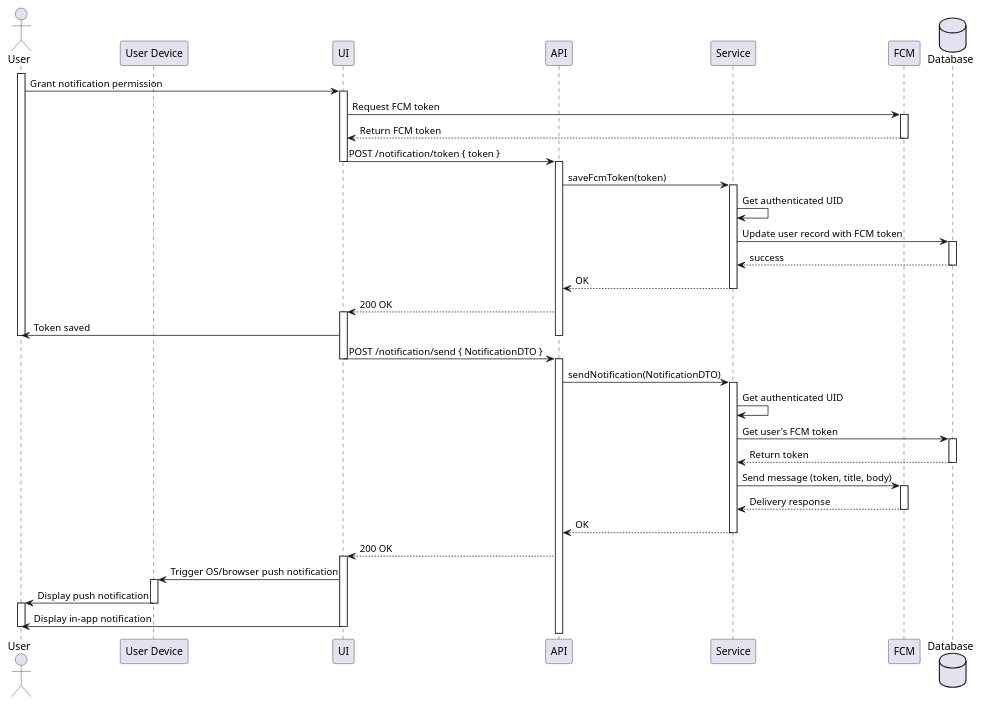
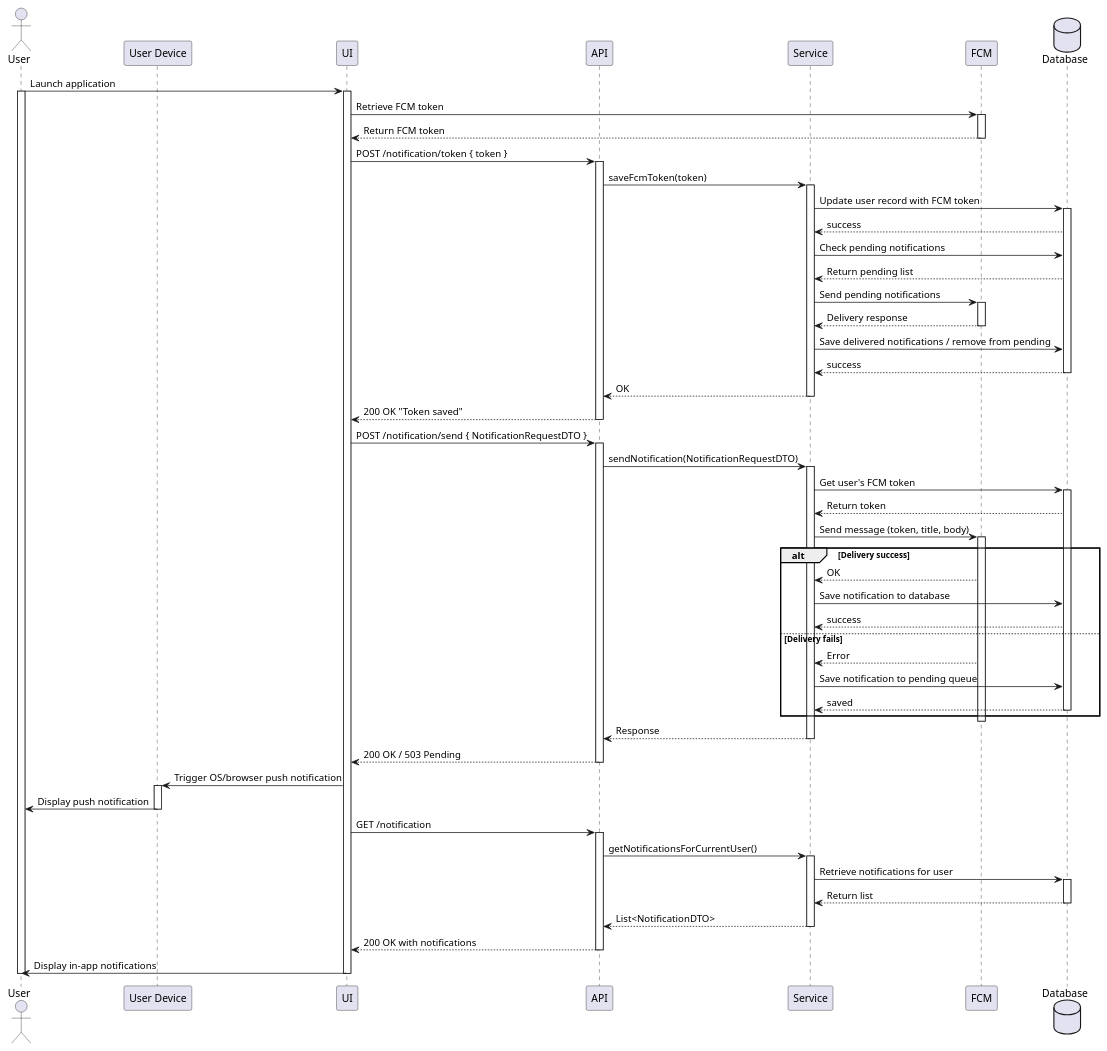
The diagram in sequence/p2/notification.puml (keerati5003/PlanMate-Diagram), drawn with PlantUML before and after one commit.

Commit message:
fix notification SD

```diff
--- a/sequence/p2/notification.puml
+++ b/sequence/p2/notification.puml
@@ -1,61 +1,83 @@
 @startuml
 actor User
 participant "User Device" as DEVICE
 participant "UI" as FE
 participant "API" as C
 participant "Service" as S
 participant "FCM" as FCM
 database "Database" as DB
 
+User -> FE : Launch application
 activate User
-User -> FE : Grant notification permission
 activate FE
-FE -> FCM : Request FCM token
+FE -> FCM : Retrieve FCM token
 activate FCM
 FCM --> FE : Return FCM token
 deactivate FCM
 FE -> C : POST /notification/token { token }
-deactivate FE
 activate C
 C -> S : saveFcmToken(token)
 activate S
-S -> S : Get authenticated UID
 S -> DB : Update user record with FCM token
 activate DB
+DB --> S : success
+S -> DB : Check pending notifications
+DB --> S : Return pending list
+S -> FCM : Send pending notifications
+activate FCM
+FCM --> S : Delivery response
+deactivate FCM
+S -> DB : Save delivered notifications / remove from pending
 DB --> S : success
 deactivate DB
 S --> C : OK
 deactivate S
-C --> FE : 200 OK
-activate FE
-FE -> User : Token saved
+C --> FE : 200 OK "Token saved"
 deactivate C
-deactivate User
 
-FE -> C : POST /notification/send { NotificationDTO }
-deactivate FE
+FE -> C : POST /notification/send { NotificationRequestDTO }
 activate C
-C -> S : sendNotification(NotificationDTO)
+C -> S : sendNotification(NotificationRequestDTO)
 activate S
-S -> S : Get authenticated UID
 S -> DB : Get user's FCM token
 activate DB
 DB --> S : Return token
-deactivate DB
 S -> FCM : Send message (token, title, body)
 activate FCM
-FCM --> S : Delivery response
+alt Delivery success
+    FCM --> S : OK
+    S -> DB : Save notification to database
+    DB --> S : success
+else Delivery fails
+    FCM --> S : Error
+    S -> DB : Save notification to pending queue
+    DB --> S : saved
+deactivate DB
+end
 deactivate FCM
-S --> C : OK
+S --> C : Response
 deactivate S
-C --> FE : 200 OK
-activate FE
+C --> FE : 200 OK / 503 Pending
+deactivate C
+
 FE -> DEVICE : Trigger OS/browser push notification
 activate DEVICE
 DEVICE -> User : Display push notification
 deactivate DEVICE
-activate User
-FE -> User : Display in-app notification
+
+FE -> C : GET /notification
+activate C
+C -> S : getNotificationsForCurrentUser()
+activate S
+S -> DB : Retrieve notifications for user
+activate DB
+DB --> S : Return list
+deactivate DB
+S --> C : List<NotificationDTO>
+deactivate S
+C --> FE : 200 OK with notifications
+deactivate C
+FE -> User : Display in-app notifications
 deactivate FE
 deactivate User
 @enduml
```
